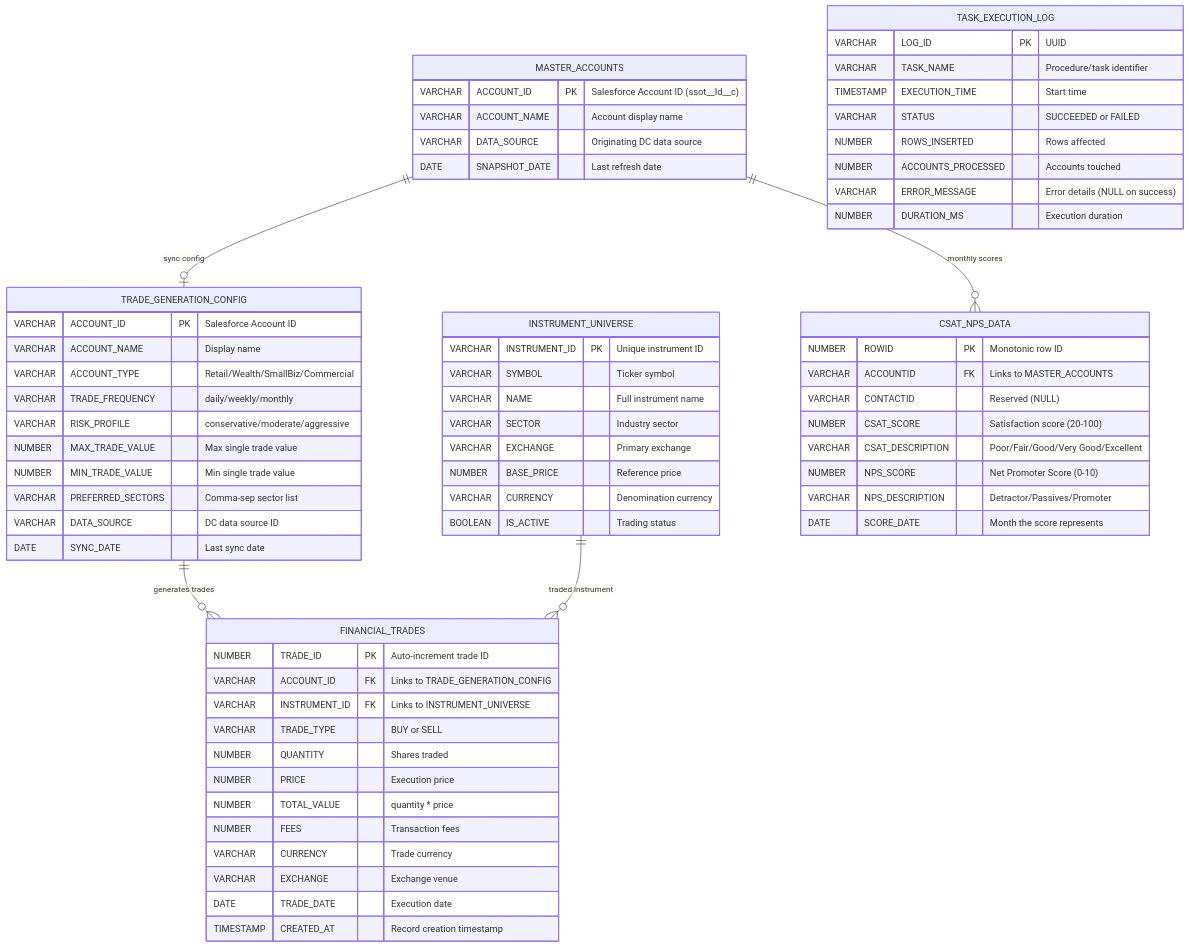
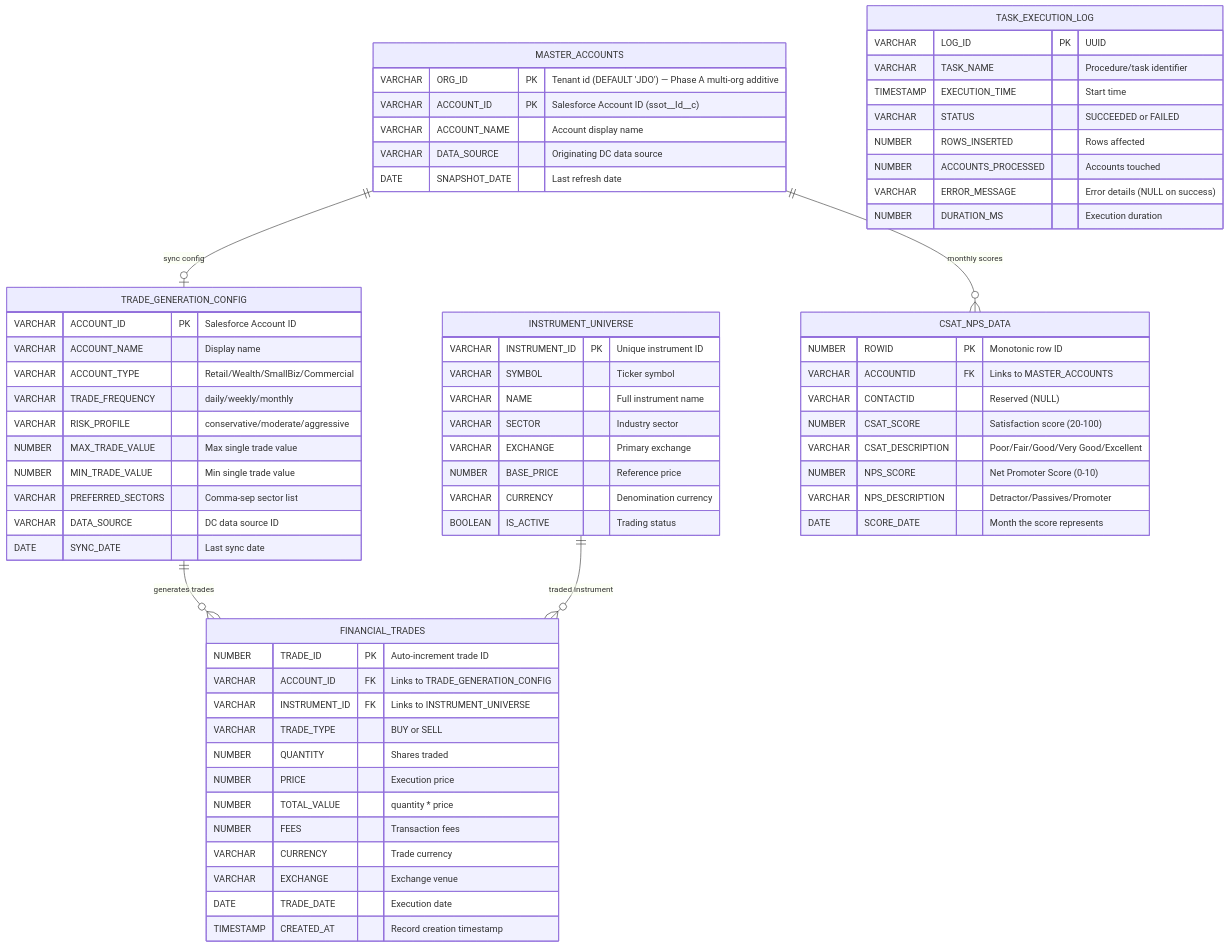
The first of 5 diagrams in Snowflake/docs/ARCHITECTURE.md (josers18/JDO), drawn with Mermaid before and after one commit. The commit also changed other lines of this file and 28 other files, not shown here.

````diff
--- a/Snowflake/docs/ARCHITECTURE.md
+++ b/Snowflake/docs/ARCHITECTURE.md
@@ -9,75 +13,76 @@
 ```mermaid
 erDiagram
     MASTER_ACCOUNTS {
+        VARCHAR ORG_ID PK "Tenant id (DEFAULT 'JDO') — Phase A multi-org additive"
         VARCHAR ACCOUNT_ID PK "Salesforce Account ID (ssot__Id__c)"
         VARCHAR ACCOUNT_NAME "Account display name"
         VARCHAR DATA_SOURCE "Originating DC data source"
         DATE SNAPSHOT_DATE "Last refresh date"
     }
 
     TRADE_GENERATION_CONFIG {
         VARCHAR ACCOUNT_ID PK "Salesforce Account ID"
         VARCHAR ACCOUNT_NAME "Display name"
         VARCHAR ACCOUNT_TYPE "Retail/Wealth/SmallBiz/Commercial"
         VARCHAR TRADE_FREQUENCY "daily/weekly/monthly"
         VARCHAR RISK_PROFILE "conservative/moderate/aggressive"
         NUMBER MAX_TRADE_VALUE "Max single trade value"
         NUMBER MIN_TRADE_VALUE "Min single trade value"
         VARCHAR PREFERRED_SECTORS "Comma-sep sector list"
         VARCHAR DATA_SOURCE "DC data source ID"
         DATE SYNC_DATE "Last sync date"
     }
 
     FINANCIAL_TRADES {
         NUMBER TRADE_ID PK "Auto-increment trade ID"
         VARCHAR ACCOUNT_ID FK "Links to TRADE_GENERATION_CONFIG"
         VARCHAR INSTRUMENT_ID FK "Links to INSTRUMENT_UNIVERSE"
         VARCHAR TRADE_TYPE "BUY or SELL"
         NUMBER QUANTITY "Shares traded"
         NUMBER PRICE "Execution price"
         NUMBER TOTAL_VALUE "quantity * price"
         NUMBER FEES "Transaction fees"
         VARCHAR CURRENCY "Trade currency"
         VARCHAR EXCHANGE "Exchange venue"
         DATE TRADE_DATE "Execution date"
         TIMESTAMP CREATED_AT "Record creation timestamp"
     }
 
     INSTRUMENT_UNIVERSE {
         VARCHAR INSTRUMENT_ID PK "Unique instrument ID"
         VARCHAR SYMBOL "Ticker symbol"
         VARCHAR NAME "Full instrument name"
         VARCHAR SECTOR "Industry sector"
         VARCHAR EXCHANGE "Primary exchange"
         NUMBER BASE_PRICE "Reference price"
         VARCHAR CURRENCY "Denomination currency"
         BOOLEAN IS_ACTIVE "Trading status"
     }
 
     CSAT_NPS_DATA {
         NUMBER ROWID PK "Monotonic row ID"
         VARCHAR ACCOUNTID FK "Links to MASTER_ACCOUNTS"
         VARCHAR CONTACTID "Reserved (NULL)"
         NUMBER CSAT_SCORE "Satisfaction score (20-100)"
         VARCHAR CSAT_DESCRIPTION "Poor/Fair/Good/Very Good/Excellent"
         NUMBER NPS_SCORE "Net Promoter Score (0-10)"
         VARCHAR NPS_DESCRIPTION "Detractor/Passives/Promoter"
         DATE SCORE_DATE "Month the score represents"
     }
 
     TASK_EXECUTION_LOG {
         VARCHAR LOG_ID PK "UUID"
         VARCHAR TASK_NAME "Procedure/task identifier"
         TIMESTAMP EXECUTION_TIME "Start time"
         VARCHAR STATUS "SUCCEEDED or FAILED"
         NUMBER ROWS_INSERTED "Rows affected"
         NUMBER ACCOUNTS_PROCESSED "Accounts touched"
         VARCHAR ERROR_MESSAGE "Error details (NULL on success)"
         NUMBER DURATION_MS "Execution duration"
     }
 
     MASTER_ACCOUNTS ||--o{ CSAT_NPS_DATA : "monthly scores"
     MASTER_ACCOUNTS ||--o| TRADE_GENERATION_CONFIG : "sync config"
     TRADE_GENERATION_CONFIG ||--o{ FINANCIAL_TRADES : "generates trades"
     INSTRUMENT_UNIVERSE ||--o{ FINANCIAL_TRADES : "traded instrument"
 ```
````
